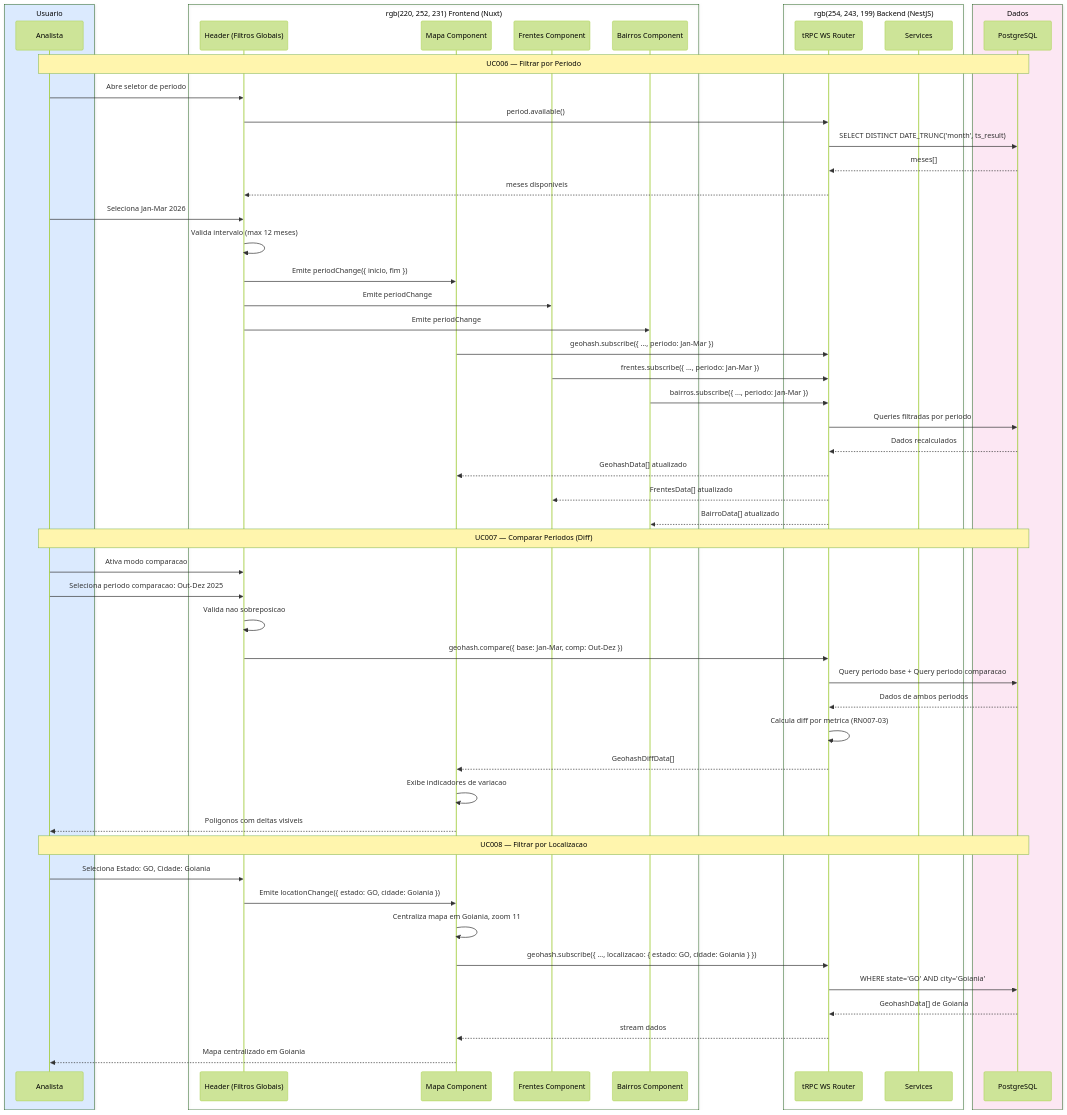
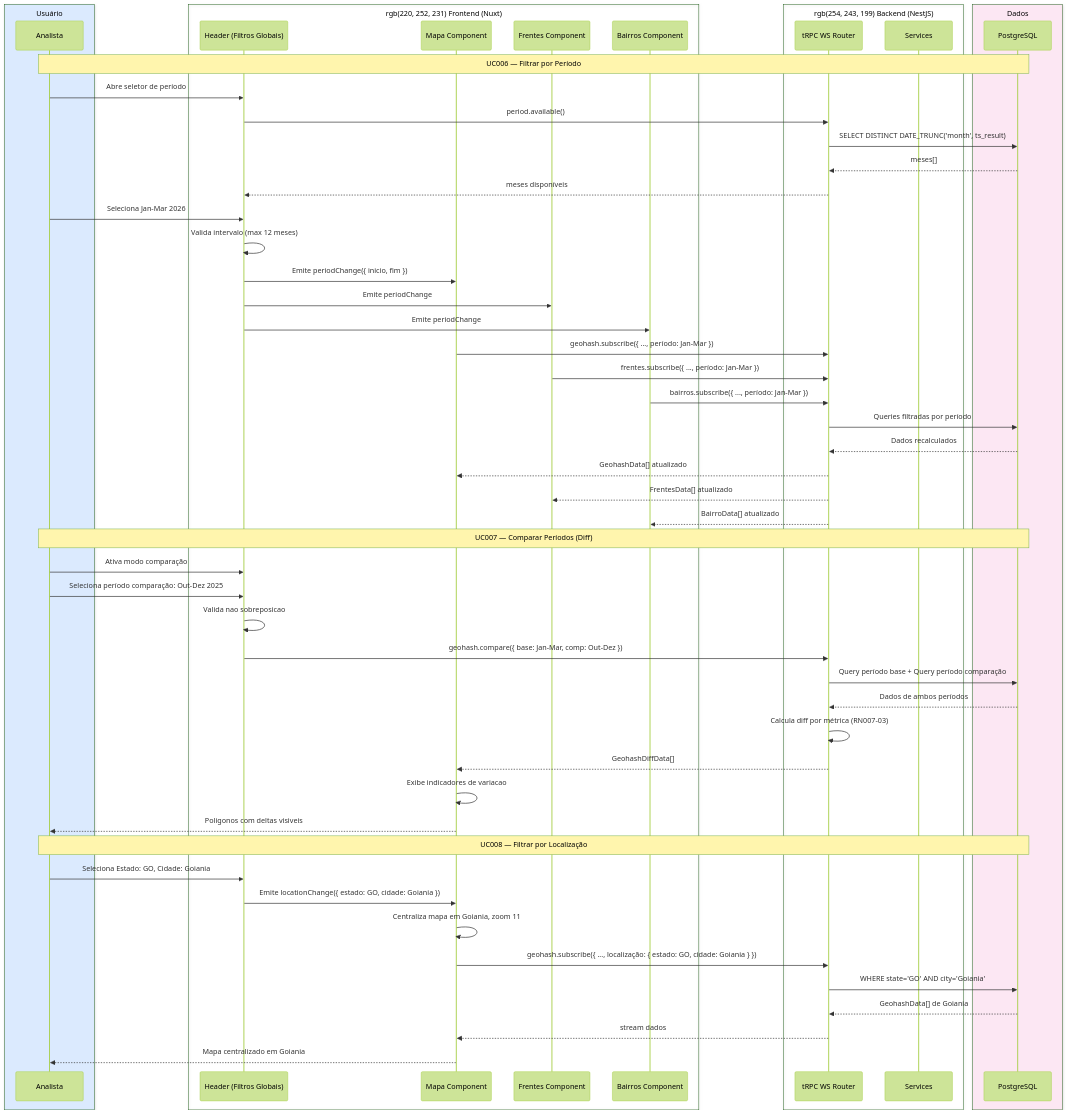
One commit to zooxsmart-ailabs/vivo changed the diagram in docs/use-cases/diagrams/SD002-filtros-globais.md. Above: the diagram before and after it, drawn with Mermaid (forest theme). The commit also changed other lines of this file and 59 other files, not shown here.

````diff
--- a/docs/use-cases/diagrams/SD002-filtros-globais.md
+++ b/docs/use-cases/diagrams/SD002-filtros-globais.md
@@ -9,64 +9,64 @@
 ```mermaid
 sequenceDiagram
-    box rgb(219, 234, 254) Usuario
+    box rgb(219, 234, 254) Usuário
         participant U as Analista
     end
     box rgb(220, 252, 231) Frontend (Nuxt)
         participant HDR as Header (Filtros Globais)
         participant MAP as Mapa Component
         participant FRT as Frentes Component
         participant BRR as Bairros Component
     end
     box rgb(254, 243, 199) Backend (NestJS)
         participant WS as tRPC WS Router
         participant SVC as Services
     end
     box rgb(252, 231, 243) Dados
         participant DB as PostgreSQL
     end
 
-    Note over U,DB: UC006 — Filtrar por Periodo
+    Note over U,DB: UC006 — Filtrar por Período
 
-    U->>HDR: Abre seletor de periodo
+    U->>HDR: Abre seletor de período
     HDR->>WS: period.available()
     WS->>DB: SELECT DISTINCT DATE_TRUNC('month', ts_result)
     DB-->>WS: meses[]
-    WS-->>HDR: meses disponiveis
+    WS-->>HDR: meses disponíveis
     U->>HDR: Seleciona Jan-Mar 2026
     HDR->>HDR: Valida intervalo (max 12 meses)
     HDR->>MAP: Emite periodChange({ inicio, fim })
     HDR->>FRT: Emite periodChange
     HDR->>BRR: Emite periodChange
-    MAP->>WS: geohash.subscribe({ ..., periodo: Jan-Mar })
-    FRT->>WS: frentes.subscribe({ ..., periodo: Jan-Mar })
-    BRR->>WS: bairros.subscribe({ ..., periodo: Jan-Mar })
-    WS->>DB: Queries filtradas por periodo
+    MAP->>WS: geohash.subscribe({ ..., período: Jan-Mar })
+    FRT->>WS: frentes.subscribe({ ..., período: Jan-Mar })
+    BRR->>WS: bairros.subscribe({ ..., período: Jan-Mar })
+    WS->>DB: Queries filtradas por período
     DB-->>WS: Dados recalculados
     WS-->>MAP: GeohashData[] atualizado
     WS-->>FRT: FrentesData[] atualizado
     WS-->>BRR: BairroData[] atualizado
 
-    Note over U,DB: UC007 — Comparar Periodos (Diff)
+    Note over U,DB: UC007 — Comparar Períodos (Diff)
 
-    U->>HDR: Ativa modo comparacao
-    U->>HDR: Seleciona periodo comparacao: Out-Dez 2025
+    U->>HDR: Ativa modo comparação
+    U->>HDR: Seleciona período comparação: Out-Dez 2025
     HDR->>HDR: Valida nao sobreposicao
     HDR->>WS: geohash.compare({ base: Jan-Mar, comp: Out-Dez })
-    WS->>DB: Query periodo base + Query periodo comparacao
-    DB-->>WS: Dados de ambos periodos
-    WS->>WS: Calcula diff por metrica (RN007-03)
+    WS->>DB: Query período base + Query período comparação
+    DB-->>WS: Dados de ambos períodos
+    WS->>WS: Calcula diff por métrica (RN007-03)
     WS-->>MAP: GeohashDiffData[]
     MAP->>MAP: Exibe indicadores de variacao
     MAP-->>U: Poligonos com deltas visiveis
 
-    Note over U,DB: UC008 — Filtrar por Localizacao
+    Note over U,DB: UC008 — Filtrar por Localização
 
     U->>HDR: Seleciona Estado: GO, Cidade: Goiania
     HDR->>MAP: Emite locationChange({ estado: GO, cidade: Goiania })
     MAP->>MAP: Centraliza mapa em Goiania, zoom 11
-    MAP->>WS: geohash.subscribe({ ..., localizacao: { estado: GO, cidade: Goiania } })
+    MAP->>WS: geohash.subscribe({ ..., localização: { estado: GO, cidade: Goiania } })
     WS->>DB: WHERE state='GO' AND city='Goiania'
     DB-->>WS: GeohashData[] de Goiania
     WS-->>MAP: stream dados
     MAP-->>U: Mapa centralizado em Goiania
 ```
````
